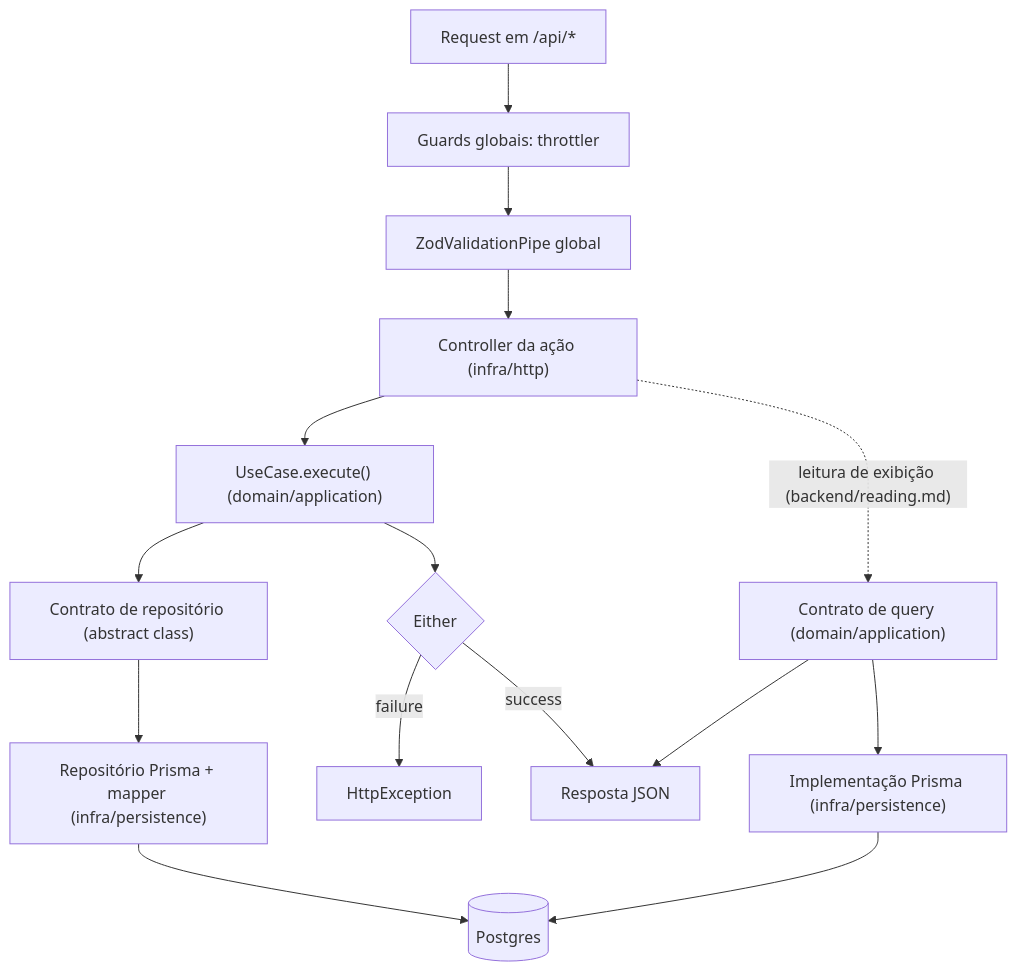
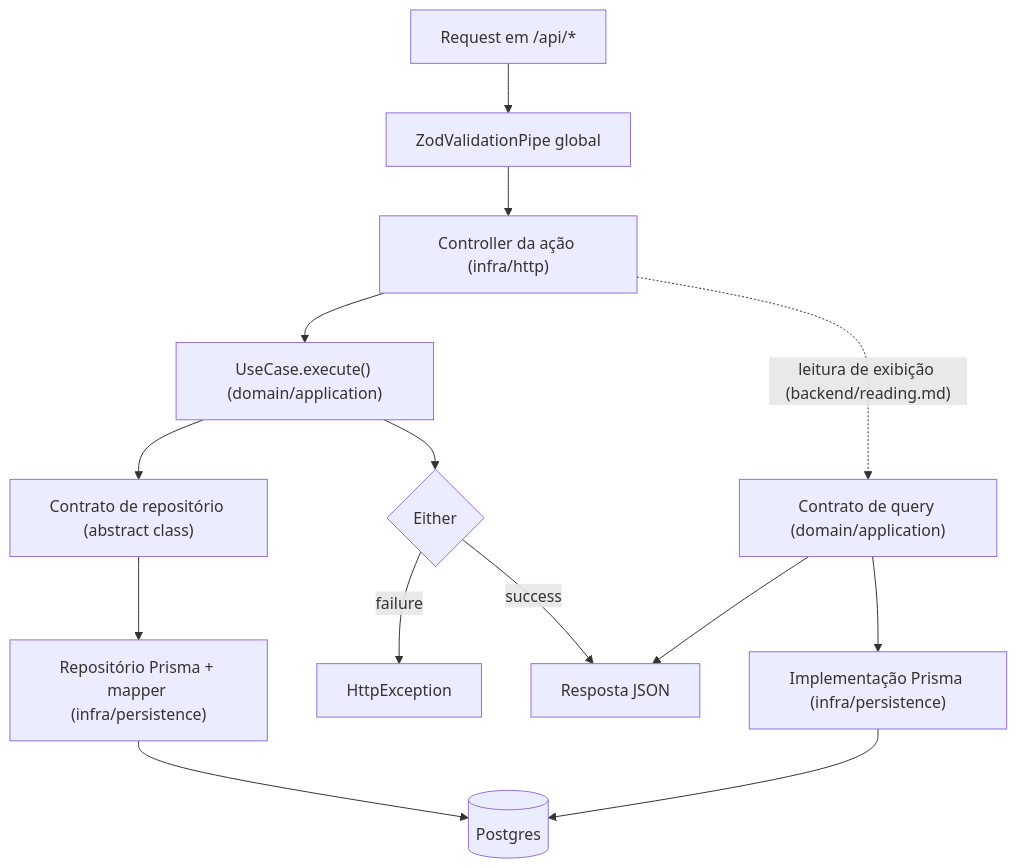
Before and after one commit to otonydesideri/metri: the diagram in architecture/backend/layers.md, drawn with Mermaid. The commit also changed other lines of this file and 50 other files, not shown here.

````diff
--- a/architecture/backend/layers.md
+++ b/architecture/backend/layers.md
@@ -59,17 +59,16 @@
 ```mermaid
 flowchart TD
-    A["Request em /api/*"] --> B[Guards globais: throttler]
-    B --> C[ZodValidationPipe global]
+    A["Request em /api/*"] --> C[ZodValidationPipe global]
     C --> D["Controller da ação (infra/http)"]
     D --> E["UseCase.execute() (domain/application)"]
     E --> F["Contrato de repositório (abstract class)"]
     F --> G["Repositório Prisma + mapper (infra/persistence)"]
     G --> H[(Postgres)]
     E --> I{Either}
     I -->|failure| J[HttpException]
     I -->|success| K[Resposta JSON]
     D -.->|"leitura de exibição (backend/reading.md)"| Q["Contrato de query (domain/application)"]
     Q --> R["Implementação Prisma (infra/persistence)"]
     R --> H
     Q --> K
 ```
````
